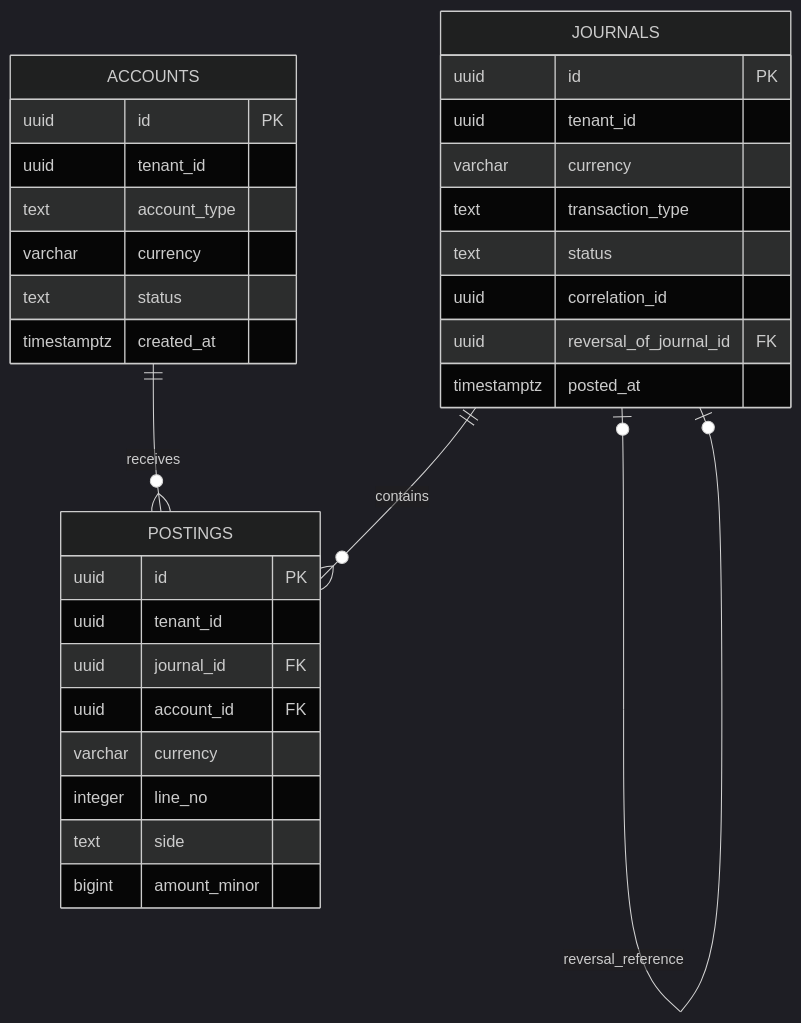
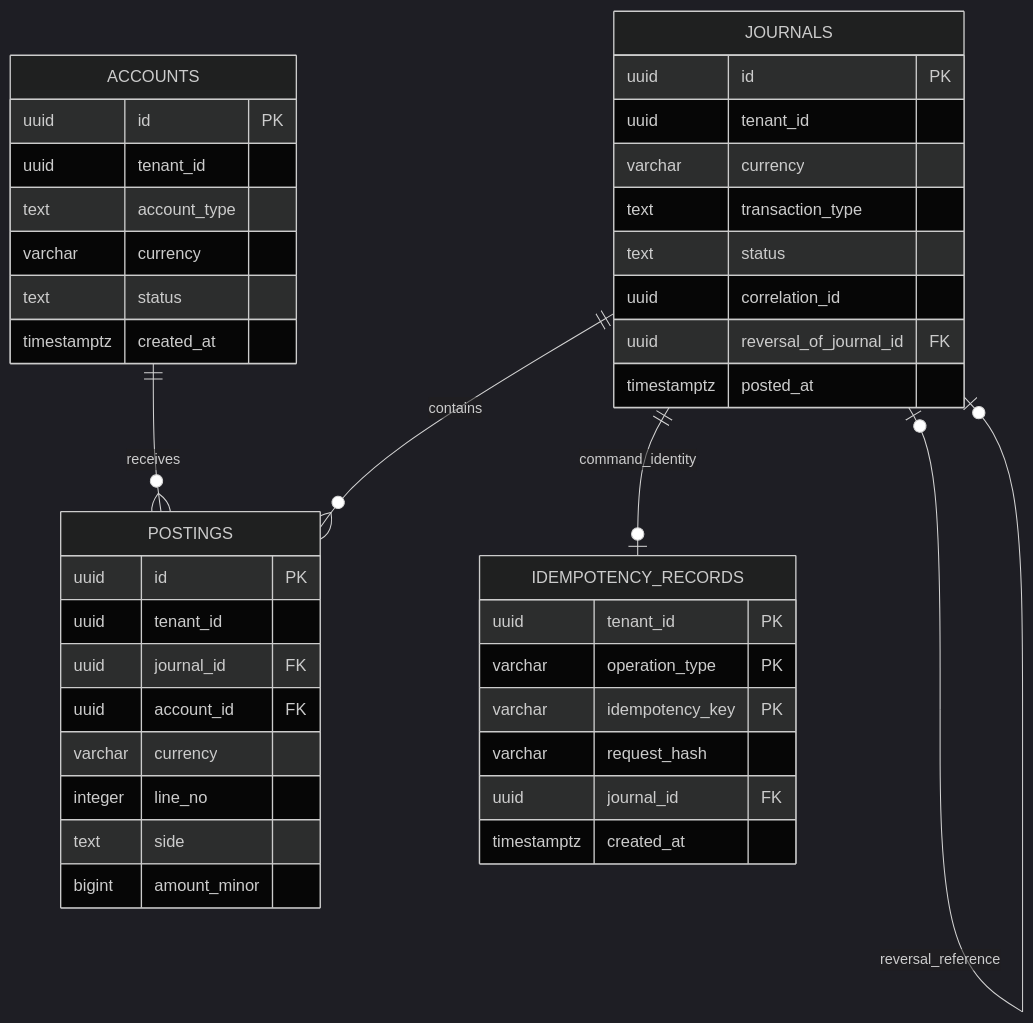
Before and after one commit to Muzafar-Ali/fintech-platform: the first of 3 diagrams in README.md, drawn with Mermaid (dark theme). The commit also changed other lines of this file and 18 other files, not shown here.

````diff
--- a/README.md
+++ b/README.md
@@ -113,35 +100,44 @@
 ```mermaid
 erDiagram
     ACCOUNTS ||--o{ POSTINGS : receives
     JOURNALS ||--o{ POSTINGS : contains
     JOURNALS o|--o| JOURNALS : reversal_reference
+    JOURNALS ||--o| IDEMPOTENCY_RECORDS : command_identity
 
     ACCOUNTS {
         uuid id PK
         uuid tenant_id
         text account_type
         varchar currency
         text status
         timestamptz created_at
     }
     JOURNALS {
         uuid id PK
         uuid tenant_id
         varchar currency
         text transaction_type
         text status
         uuid correlation_id
         uuid reversal_of_journal_id FK
         timestamptz posted_at
     }
     POSTINGS {
         uuid id PK
         uuid tenant_id
         uuid journal_id FK
         uuid account_id FK
         varchar currency
         integer line_no
         text side
         bigint amount_minor
     }
+    IDEMPOTENCY_RECORDS {
+        uuid tenant_id PK
+        varchar operation_type PK
+        varchar idempotency_key PK
+        varchar request_hash
+        uuid journal_id FK
+        timestamptz created_at
+    }
 ```
````
